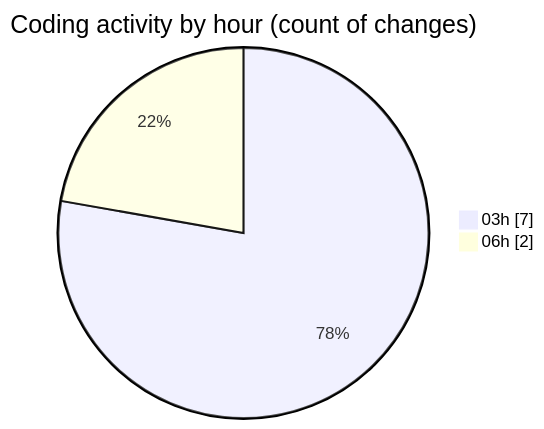
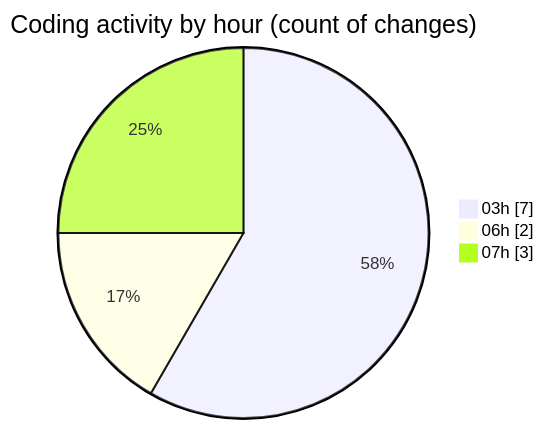
Before and after one commit to EIIisD/code-tracking: the second of 2 diagrams in 2025-07-11/macrowhisper/README.md, drawn with Mermaid. The commit also changed other lines of this file and 1 other file, not shown here.

````diff
--- a/2025-07-11/macrowhisper/README.md
+++ b/2025-07-11/macrowhisper/README.md
@@ -32,6 +32,7 @@
 ```mermaid
 pie showData
 title Coding activity by hour (count of changes)
 "03h" : 7
 "06h" : 2
+"07h" : 3
 ```
````
